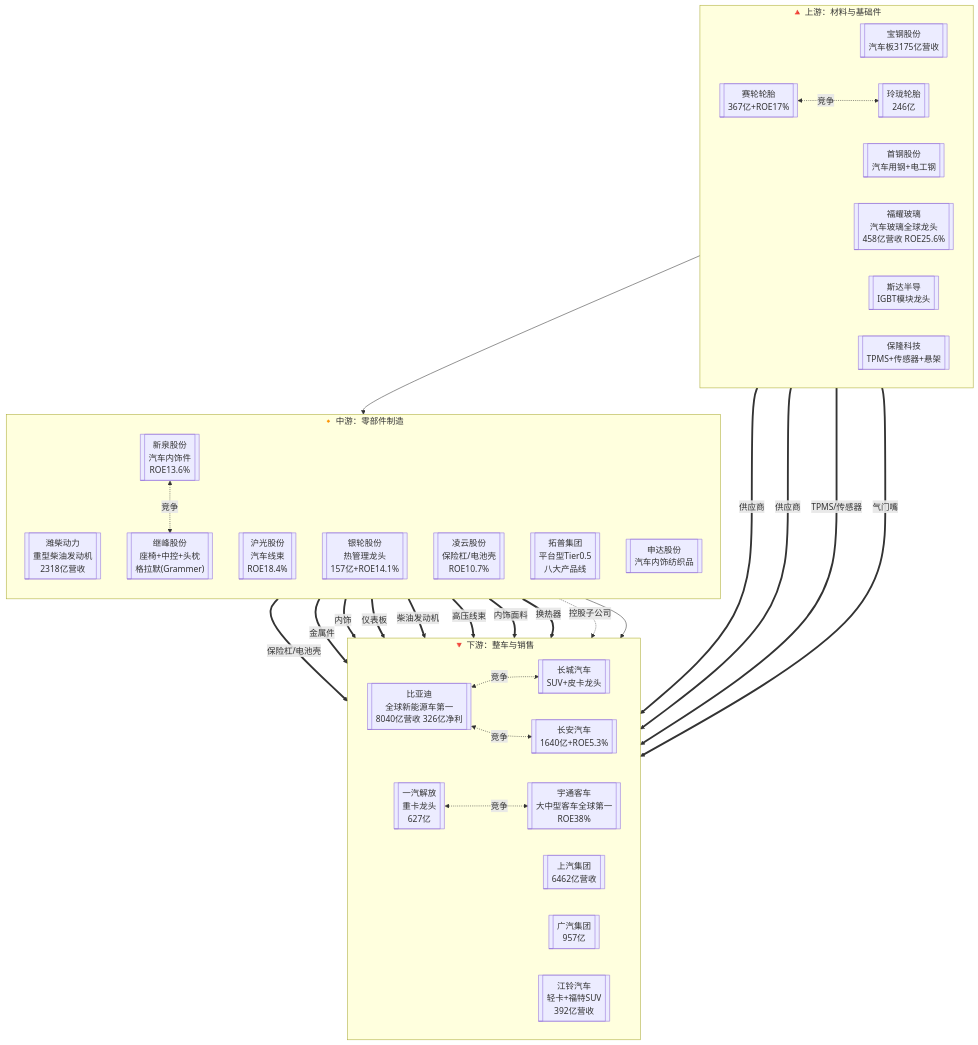
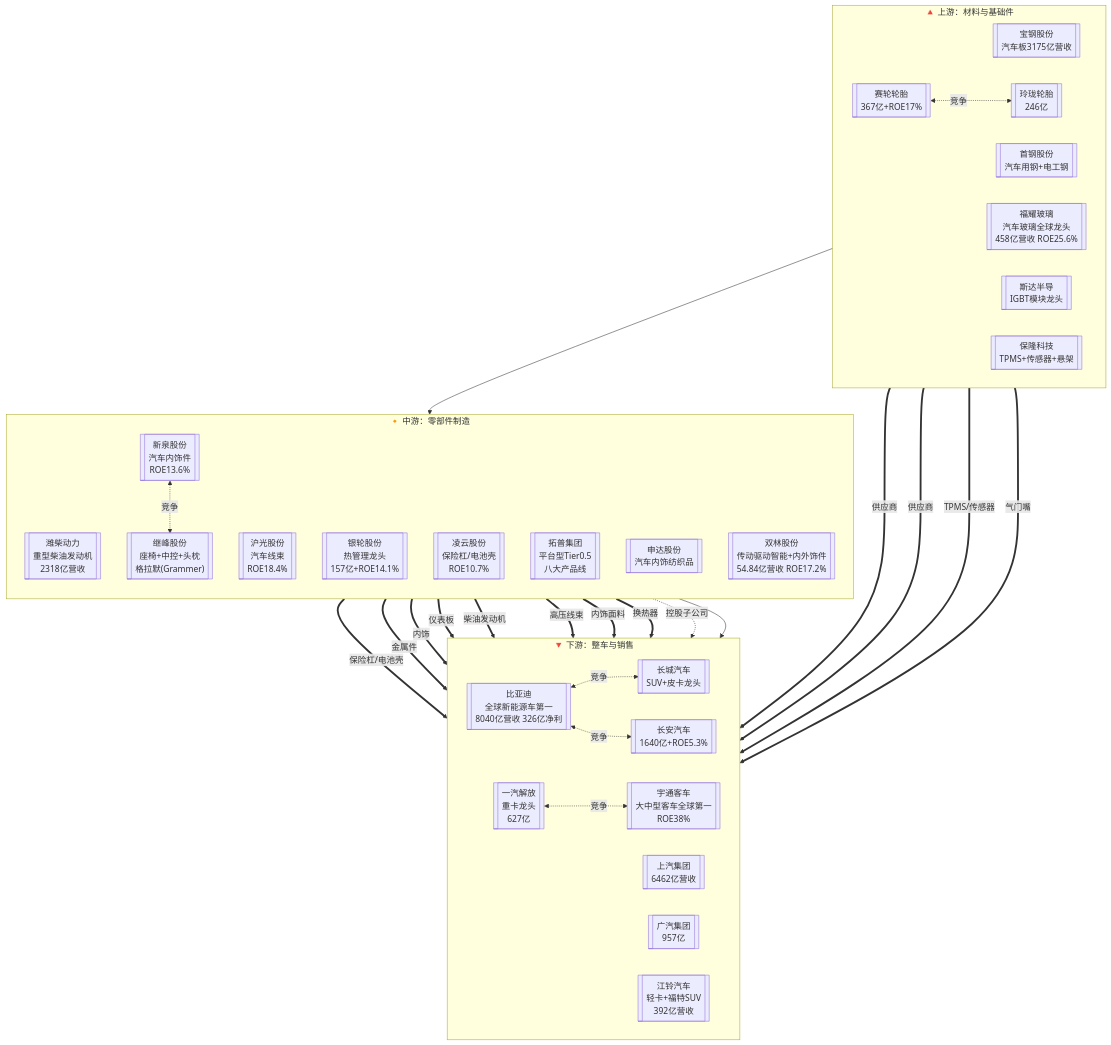
One commit to zhangbo1882/open-industry changed the diagram in industry/wiki/industries/汽车产业链.md. Above: the diagram before and after it, drawn with Mermaid. The commit also changed other lines of this file and 108 other files, not shown here.

````diff
--- a/industry/wiki/industries/汽车产业链.md
+++ b/industry/wiki/industries/汽车产业链.md
@@ -16,66 +16,67 @@
 ```mermaid
 flowchart TB
     %% ===== 上游材料 =====
     subgraph UP["🔺 上游：材料与基础件"]
         direction LR
         BAOSTEEL[["宝钢股份<br/>汽车板3175亿营收"]]
         SGSTEEL[["首钢股份<br/>汽车用钢+电工钢"]]
         FUYAO[["福耀玻璃<br/>汽车玻璃全球龙头<br/>458亿营收 ROE25.6%"]]
         SAILUN[["赛轮轮胎<br/>367亿+ROE17%"]]
         LINGLONG[["玲珑轮胎<br/>246亿"]]
         STAR[["斯达半导<br/>IGBT模块龙头"]]
         BAOLONG[["保隆科技<br/>TPMS+传感器+悬架"]]
     end
 
     %% ===== 中游零部件 =====
     subgraph MID["🔸 中游：零部件制造"]
         direction TB
         WEICHAI[["潍柴动力<br/>重型柴油发动机<br/>2318亿营收"]]
         XINQUAN[["新泉股份<br/>汽车内饰件<br/>ROE13.6%"]]
         JIFENG[["继峰股份<br/>座椅+中控+头枕<br/>格拉默(Grammer)"]]
         HUGUANG[["沪光股份<br/>汽车线束<br/>ROE18.4%"]]
         YINLUN[["银轮股份<br/>热管理龙头<br/>157亿+ROE14.1%"]]
         LINGYUN[["凌云股份<br/>保险杠/电池壳<br/>ROE10.7%"]]
         TUOPU[["拓普集团<br/>平台型Tier0.5<br/>八大产品线"]]
         SHENDA[["申达股份<br/>汽车内饰纺织品"]]
+        SHUANGLIN[["双林股份<br/>传动驱动智能+内外饰件<br/>54.84亿营收 ROE17.2%"]]
     end
 
     %% ===== 下游整车 =====
     subgraph DOWN["🔻 下游：整车与销售"]
         direction LR
         BYD[["比亚迪<br/>全球新能源车第一<br/>8040亿营收 326亿净利"]]
         GWM[["长城汽车<br/>SUV+皮卡龙头"]]
         CHANGAN[["长安汽车<br/>1640亿+ROE5.3%"]]
         SAIC[["上汽集团<br/>6462亿营收"]] 
         GAC[["广汽集团<br/>957亿"]]
         FAW[["一汽解放<br/>重卡龙头<br/>627亿"]]
         YUTONG[["宇通客车<br/>大中型客车全球第一<br/>ROE38%"]]
         JIANGLING[["江铃汽车<br/>轻卡+福特SUV<br/>392亿营收"]]
     end
 
     UP --> MID --> DOWN
 
     %% ===== 业务关联（实线 = 年报验证） =====
     FUYAO ==>|供应商| BYD
     FUYAO ==>|供应商| SAIC
     LINGYUN ==>|保险杠/电池壳| BYD
     LINGYUN ==>|金属件| GWM
     BAOLONG ==>|TPMS/传感器| BYD
     BAOLONG ==>|气门嘴| GWM
     XINQUAN ==>|内饰| BYD
     XINQUAN ==>|仪表板| SAIC
     WEICHAI ==>|柴油发动机| FAW
     HUGUANG ==>|高压线束| SAIC
     SHENDA ==>|内饰面料| SAIC
     YINLUN ==>|换热器| BYD
 
     %% ===== 股权关联（虚线 = 控股/参股） =====
     SHENDA -.->|控股子公司| SAIC
 
     %% ===== 竞争关系（双向虚线） =====
     BYD <-.->|竞争| GWM
     BYD <-.->|竞争| CHANGAN
     SAILUN <-.->|竞争| LINGLONG
     XINQUAN <-.->|竞争| JIFENG
     FAW <-.->|竞争| YUTONG
 ```
````
